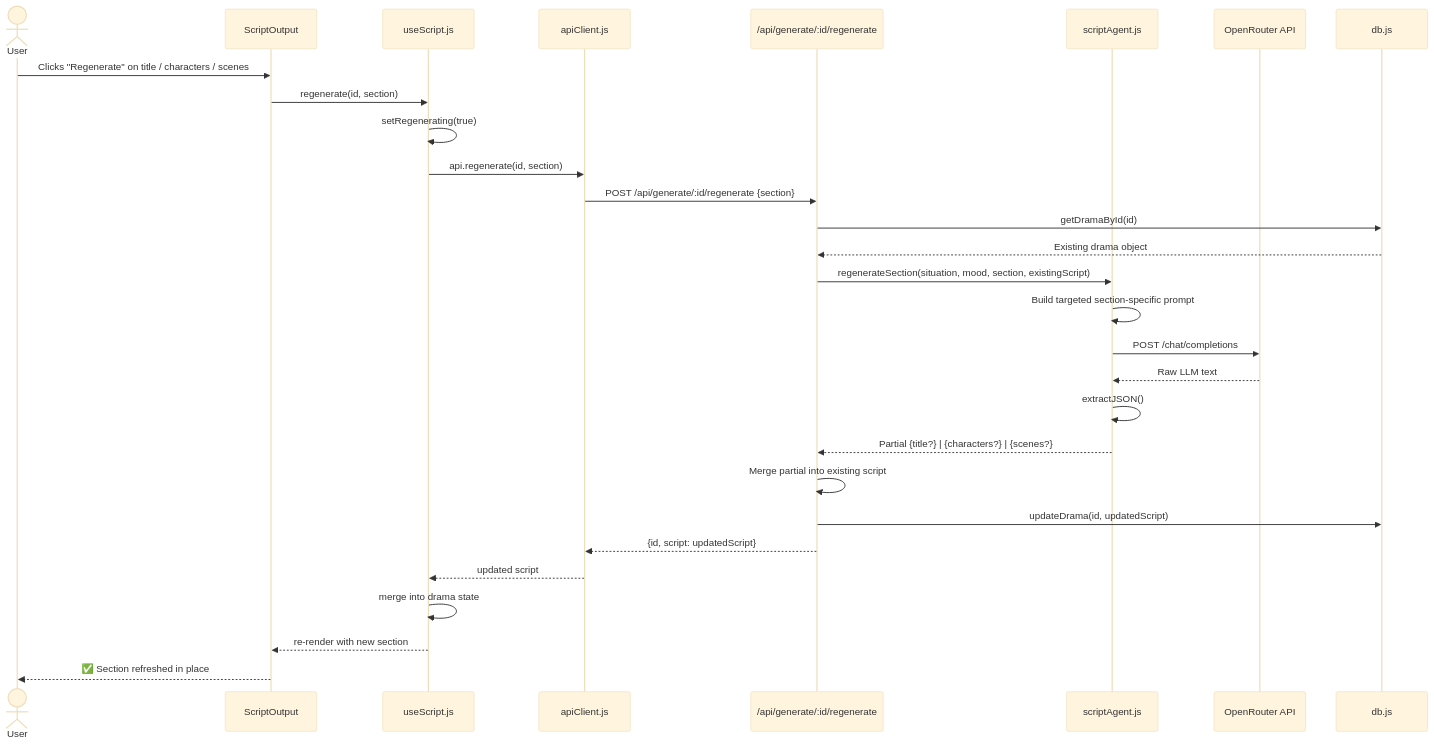
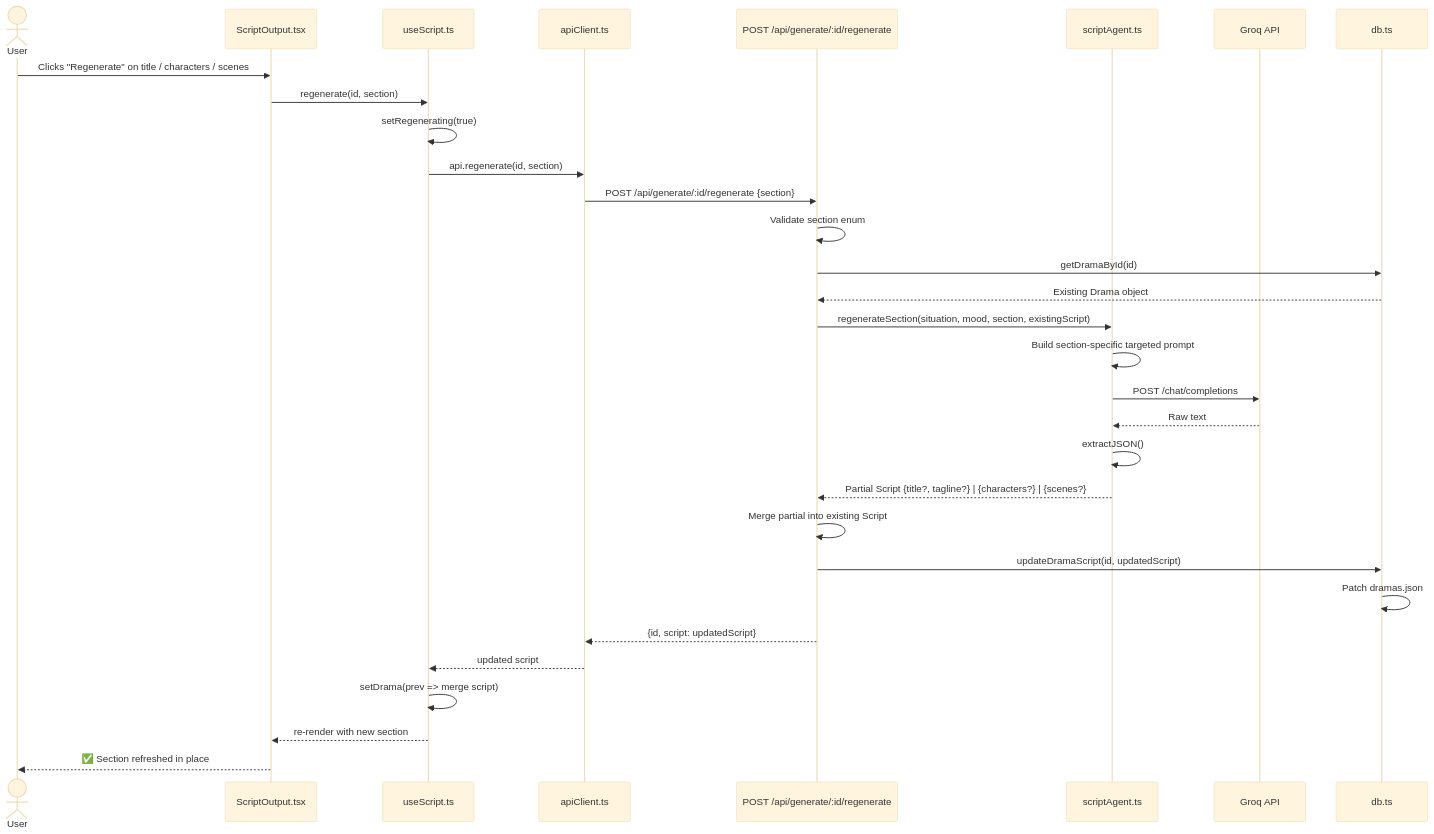
Before and after one commit to prakharsingh-74/deepshort-Assg: the third of 3 diagrams in README.md, drawn with Mermaid (base theme). The commit also changed other lines of this file and 2 other files, not shown here.

````diff
--- a/README.md
+++ b/README.md
@@ -228,37 +229,39 @@
 ```mermaid
 sequenceDiagram
     actor User
-    participant UI as ScriptOutput
-    participant Hook as useScript.js
-    participant Client as apiClient.js
-    participant API as /api/generate/:id/regenerate
-    participant Agent as scriptAgent.js
-    participant OR as OpenRouter API
-    participant DB as db.js
+    participant UI as ScriptOutput.tsx
+    participant Hook as useScript.ts
+    participant Client as apiClient.ts
+    participant API as POST /api/generate/:id/regenerate
+    participant Agent as scriptAgent.ts
+    participant Groq as Groq API
+    participant DB as db.ts
 
     User->>UI: Clicks "Regenerate" on title / characters / scenes
     UI->>Hook: regenerate(id, section)
     Hook->>Hook: setRegenerating(true)
     Hook->>Client: api.regenerate(id, section)
     Client->>API: POST /api/generate/:id/regenerate {section}
 
+    API->>API: Validate section enum
     API->>DB: getDramaById(id)
-    DB-->>API: Existing drama object
+    DB-->>API: Existing Drama object
 
     API->>Agent: regenerateSection(situation, mood, section, existingScript)
-    Agent->>Agent: Build targeted section-specific prompt
-    Agent->>OR: POST /chat/completions
-    OR-->>Agent: Raw LLM text
+    Agent->>Agent: Build section-specific targeted prompt
+    Agent->>Groq: POST /chat/completions
+    Groq-->>Agent: Raw text
 
     Agent->>Agent: extractJSON()
-    Agent-->>API: Partial {title?} | {characters?} | {scenes?}
+    Agent-->>API: Partial Script {title?, tagline?} | {characters?} | {scenes?}
 
-    API->>API: Merge partial into existing script
-    API->>DB: updateDrama(id, updatedScript)
+    API->>API: Merge partial into existing Script
+    API->>DB: updateDramaScript(id, updatedScript)
+    DB->>DB: Patch dramas.json
     API-->>Client: {id, script: updatedScript}
 
     Client-->>Hook: updated script
-    Hook->>Hook: merge into drama state
+    Hook->>Hook: setDrama(prev => merge script)
     Hook-->>UI: re-render with new section
     UI-->>User: ✅ Section refreshed in place
 ```
````
